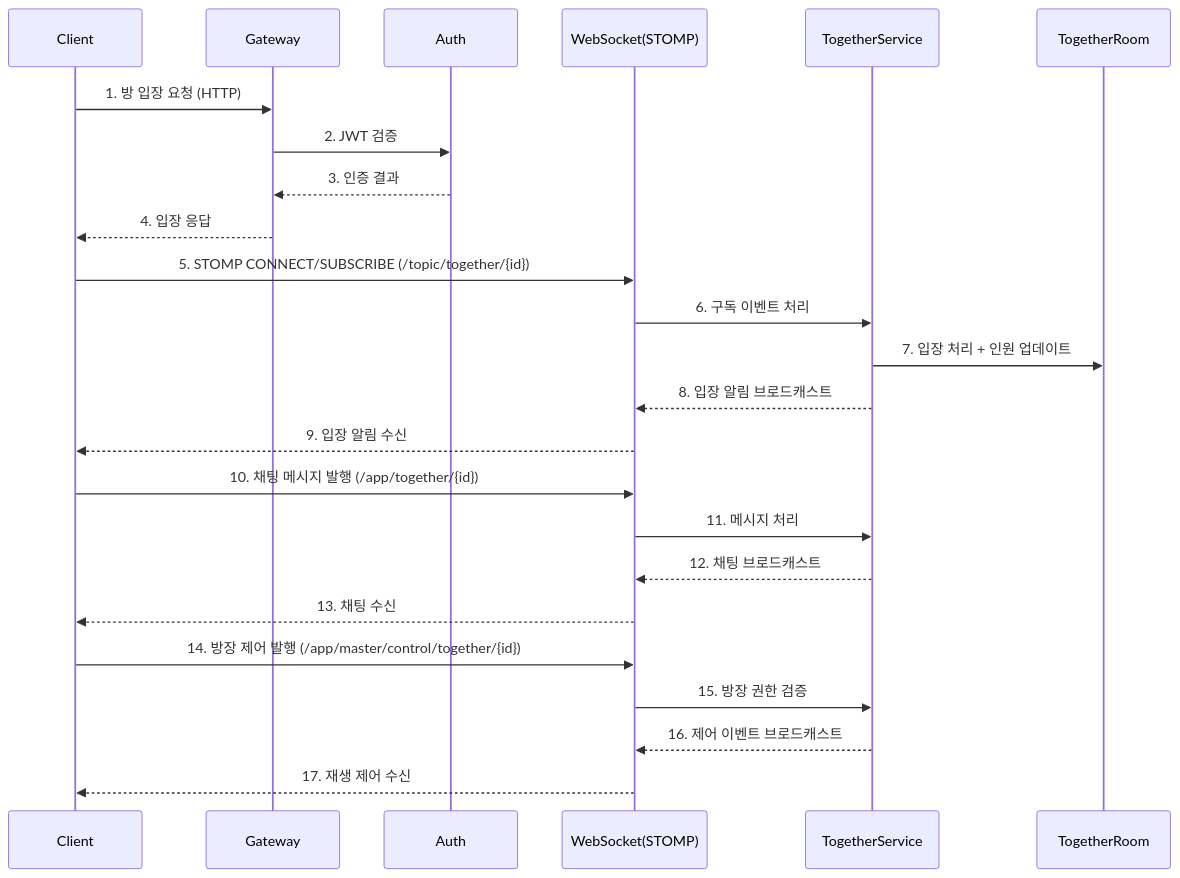
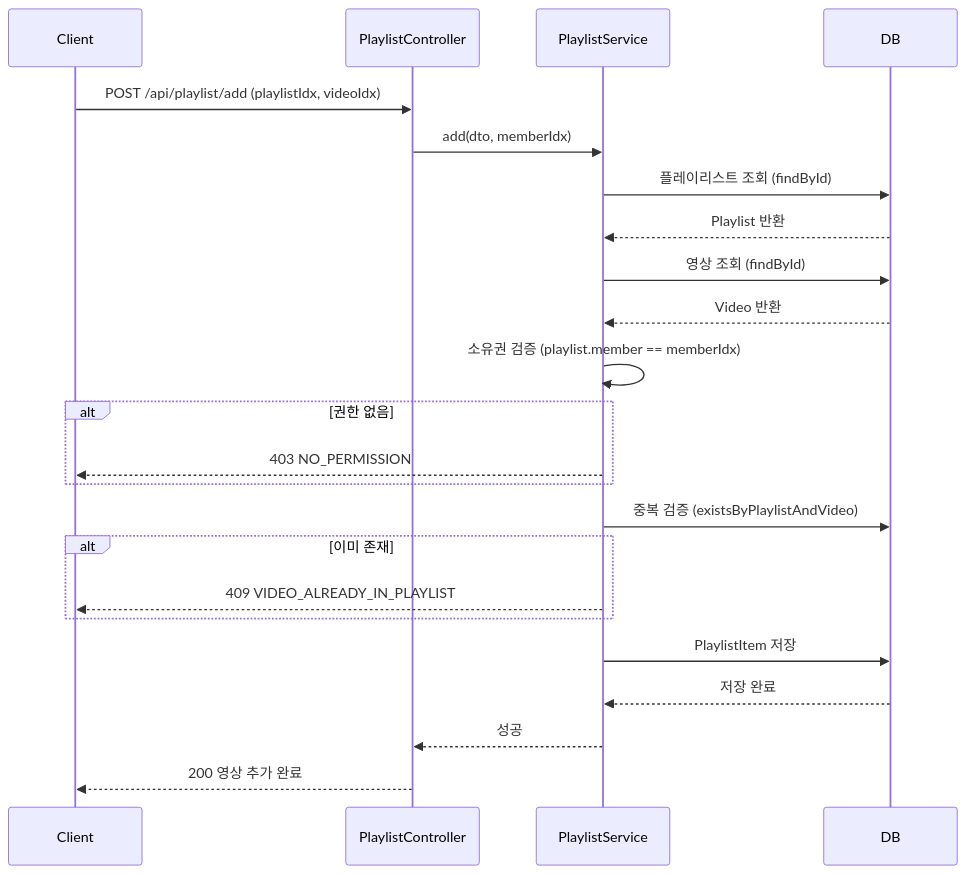
One commit to raccoon-coding/FlowBox-DaBom changed the first of 2 diagrams in README.md. Above: the diagram before and after it, drawn with Mermaid. The commit also changed other lines of this file, not shown here.

````diff
--- a/README.md
+++ b/README.md
@@ -104,30 +93,26 @@
 ```mermaid
 sequenceDiagram
     participant Client
-    participant Gateway
-    participant Auth
-    participant WS as WebSocket(STOMP)
-    participant TogetherSvc as TogetherService
-    participant Room as TogetherRoom
+    participant API as PlaylistController
+    participant Svc as PlaylistService
+    participant DB
 
-    Client->>Gateway: 1. 방 입장 요청 (HTTP)
-    Gateway->>Auth: 2. JWT 검증
-    Auth-->>Gateway: 3. 인증 결과
-    Gateway-->>Client: 4. 입장 응답
-
-    Client->>WS: 5. STOMP CONNECT/SUBSCRIBE (/topic/together/{id})
-    WS->>TogetherSvc: 6. 구독 이벤트 처리
-    TogetherSvc->>Room: 7. 입장 처리 + 인원 업데이트
-    TogetherSvc-->>WS: 8. 입장 알림 브로드캐스트
-    WS-->>Client: 9. 입장 알림 수신
-
-    Client->>WS: 10. 채팅 메시지 발행 (/app/together/{id})
-    WS->>TogetherSvc: 11. 메시지 처리
-    TogetherSvc-->>WS: 12. 채팅 브로드캐스트
-    WS-->>Client: 13. 채팅 수신
-
-    Client->>WS: 14. 방장 제어 발행 (/app/master/control/together/{id})
-    WS->>TogetherSvc: 15. 방장 권한 검증
-    TogetherSvc-->>WS: 16. 제어 이벤트 브로드캐스트
-    WS-->>Client: 17. 재생 제어 수신
+    Client->>API: POST /api/playlist/add (playlistIdx, videoIdx)
+    API->>Svc: add(dto, memberIdx)
+    Svc->>DB: 플레이리스트 조회 (findById)
+    DB-->>Svc: Playlist 반환
+    Svc->>DB: 영상 조회 (findById)
+    DB-->>Svc: Video 반환
+    Svc->>Svc: 소유권 검증 (playlist.member == memberIdx)
+    alt 권한 없음
+        Svc-->>Client: 403 NO_PERMISSION
+    end
+    Svc->>DB: 중복 검증 (existsByPlaylistAndVideo)
+    alt 이미 존재
+        Svc-->>Client: 409 VIDEO_ALREADY_IN_PLAYLIST
+    end
+    Svc->>DB: PlaylistItem 저장
+    DB-->>Svc: 저장 완료
+    Svc-->>API: 성공
+    API-->>Client: 200 영상 추가 완료
 ```
````
